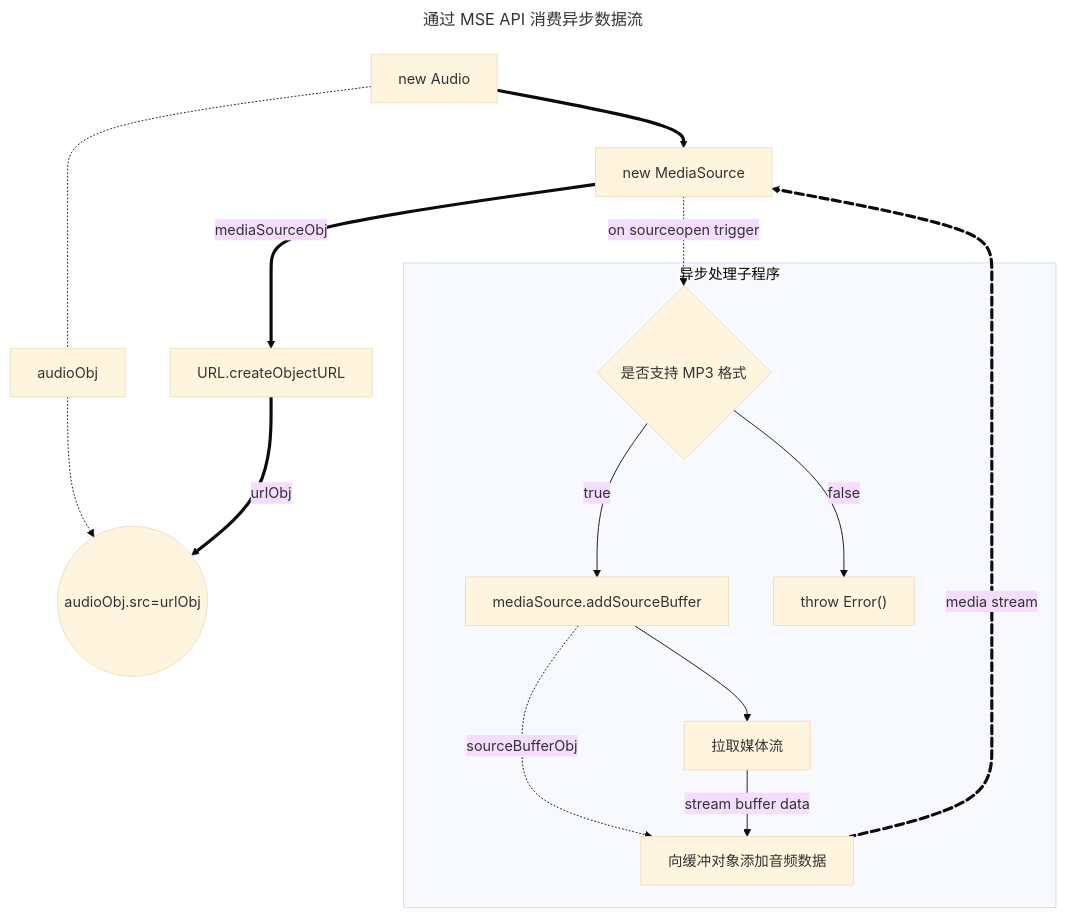
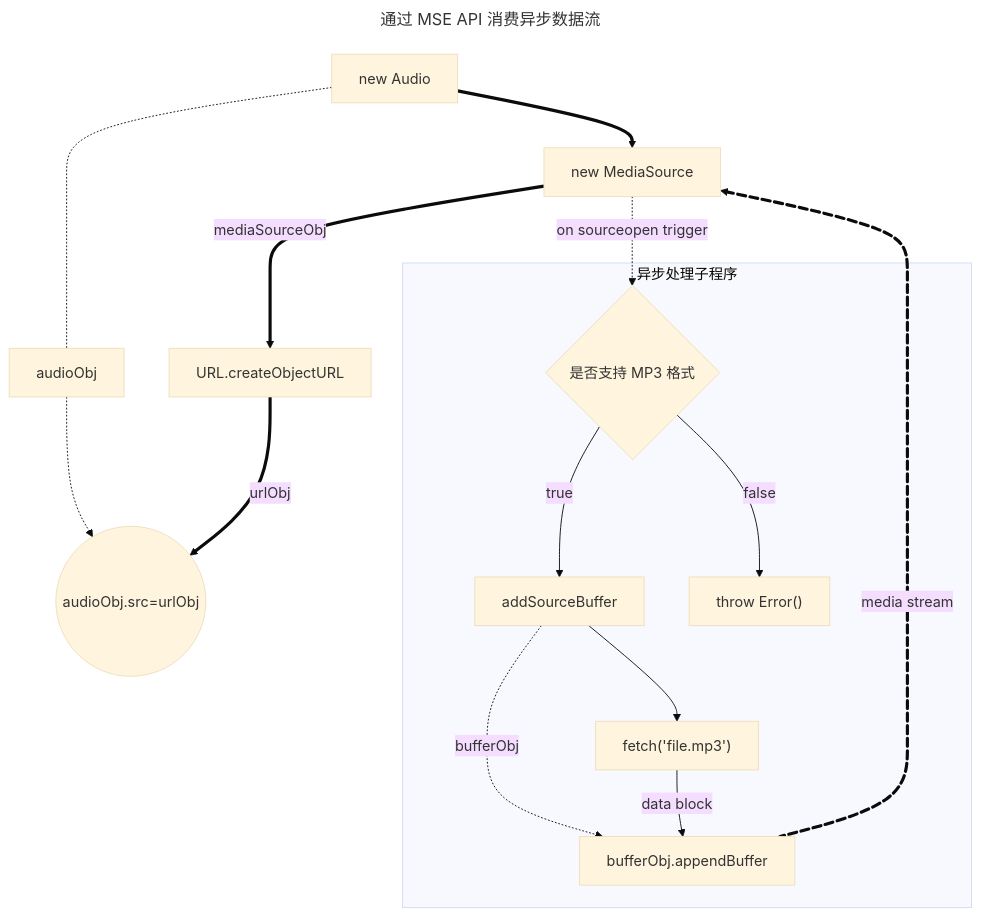
The second of 5 diagrams in notes/blogs/web_media/audio_api.md (superAlibi/notes), drawn with Mermaid (base theme) before and after one commit. The commit also changed other lines of this file, not shown here.

````diff
--- a/notes/blogs/web_media/audio_api.md
+++ b/notes/blogs/web_media/audio_api.md
@@ -220,20 +245,20 @@
 ```mermaid
 ---
 title: 通过 MSE API 消费异步数据流
 ---
 graph TB
   Audio[new Audio]-.- audioObj -.-> out
   Audio==>s
   s[new MediaSource]==>|mediaSourceObj|URL[URL.createObjectURL]
   s-.->|on sourceopen trigger|support
   URL==>|urlObj| out(("audioObj.src=urlObj"))
   subgraph 异步处理子程序
-    support{"是否支持 MP3 格式"} -- true --> createBuffer["mediaSource.addSourceBuffer"]
-    createBuffer-.->|sourceBufferObj|pushBuffer
-    createBuffer-->fetchStream[拉取媒体流]
-    fetchStream-->|stream buffer data|pushBuffer[向缓冲对象添加音频数据]
+    support{"是否支持 MP3 格式"} -- true --> createBuffer["addSourceBuffer"]
+    createBuffer-.->|bufferObj|pushBuffer
+    createBuffer-->fetchStream["fetch('file.mp3')"]
+    fetchStream-->|data block|pushBuffer["bufferObj.appendBuffer"]
     support -- false --> Error["throw Error()"]
   end
   pushBuffer stream@==>|media stream|s
   stream@{ animate: true }
 ```
````
